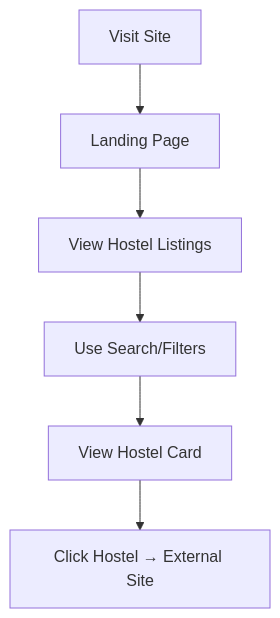
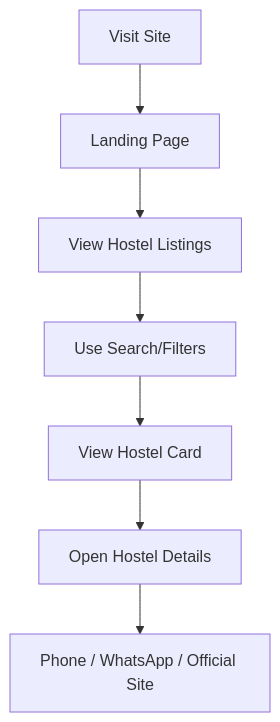
One commit to Zaps215/gctu-hostels-backend changed the first of 13 diagrams in docs/04_USER_FLOW.md. Above: the diagram before and after it, drawn with Mermaid. The commit also changed other lines of this file and 27 other files, not shown here.

````diff
--- a/docs/04_USER_FLOW.md
+++ b/docs/04_USER_FLOW.md
@@ -28,8 +31,9 @@
 ```mermaid
 graph TD
     A[Visit Site] --> B[Landing Page]
     B --> C[View Hostel Listings]
     C --> D[Use Search/Filters]
     D --> E[View Hostel Card]
-    E --> F[Click Hostel → External Site]
+    E --> F[Open Hostel Details]
+    F --> G[Phone / WhatsApp / Official Site]
 ```
````
